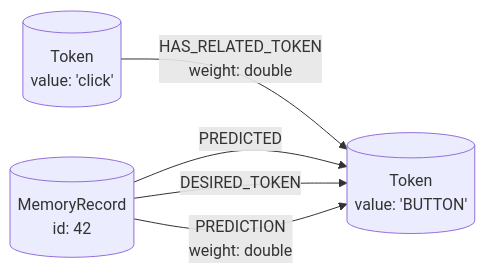
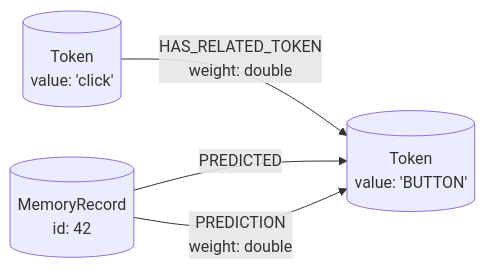
The sixth of 7 diagrams in LEARN_ENDPOINT.md (brandonkindred/Deepthought), drawn with Mermaid before and after one commit. The commit also changed other lines of this file, not shown here.

First line of the commit message:
docs: stop documenting DESIRED_TOKEN as persisted by /rl/learn

````diff
--- a/LEARN_ENDPOINT.md
+++ b/LEARN_ENDPOINT.md
@@ -269,11 +269,10 @@
 ```mermaid
 graph LR
     T1[("Token<br/>value: 'click'")]
     T2[("Token<br/>value: 'BUTTON'")]
     M[("MemoryRecord<br/>id: 42")]
 
     T1 -- "HAS_RELATED_TOKEN<br/>weight: double" --> T2
     M  -- "PREDICTED" --> T2
-    M  -- "DESIRED_TOKEN" --> T2
     M  -- "PREDICTION<br/>weight: double" --> T2
 ```
````
